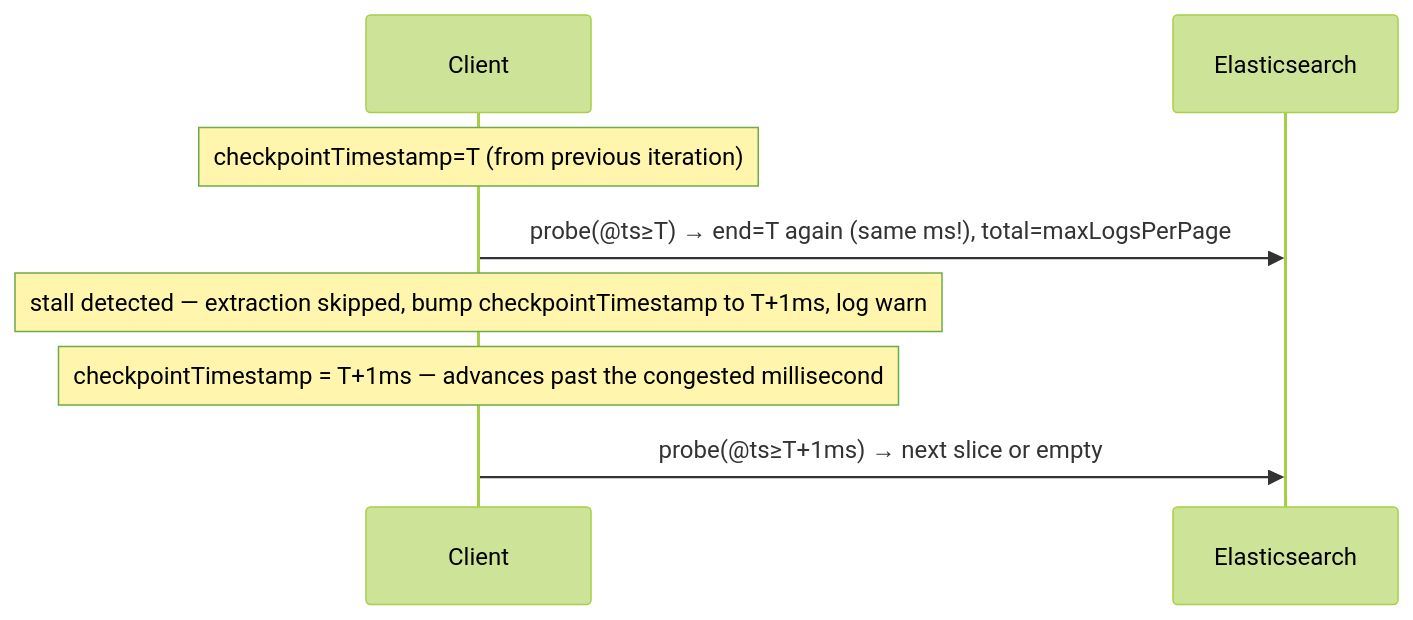
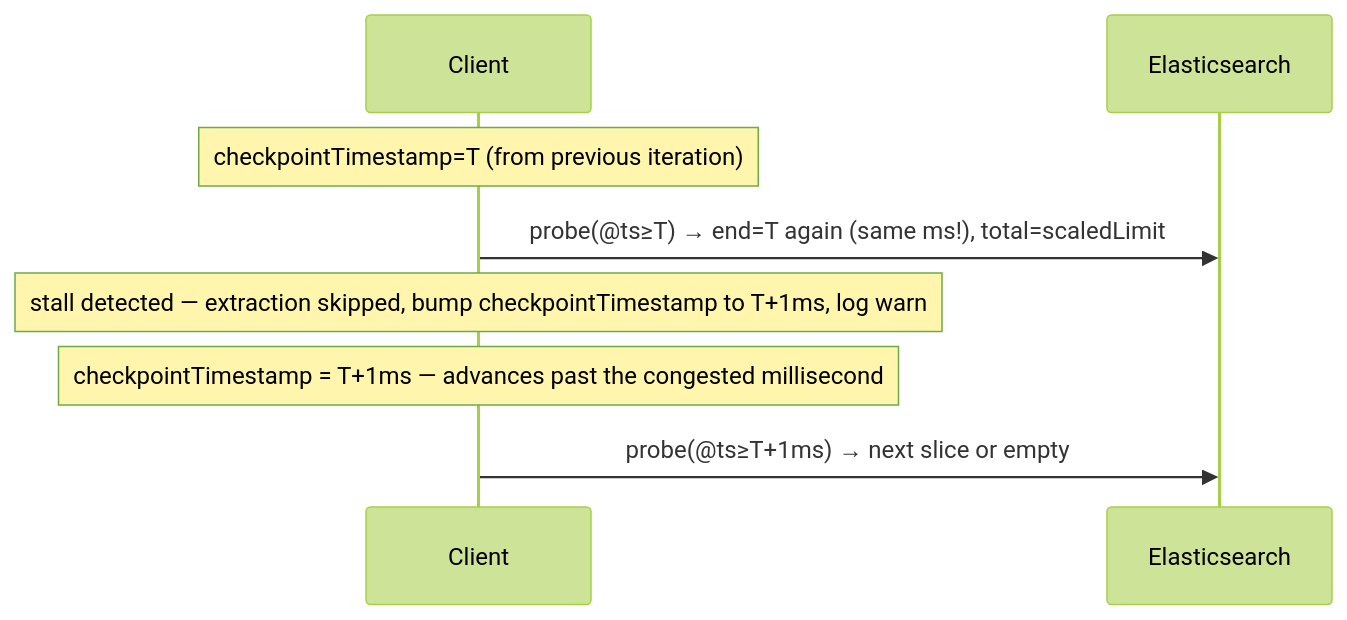
Before and after one commit to codacy-open-source-projects-scans/kibana: the seventh of 8 diagrams in x-pack/platform/plugins/shared/entity_store/server/domain/logs_extraction/PAGINATION.md, drawn with Mermaid (forest theme). The commit also changed other lines of this file and 8101 other files, not shown here.

````diff
--- a/x-pack/platform/plugins/shared/entity_store/server/domain/logs_extraction/PAGINATION.md
+++ b/x-pack/platform/plugins/shared/entity_store/server/domain/logs_extraction/PAGINATION.md
@@ -214,11 +221,11 @@
 ```mermaid
 sequenceDiagram
     participant C as Client
     participant ES as Elasticsearch
 
     Note over C: checkpointTimestamp=T (from previous iteration)
-    C->>ES: probe(@ts≥T) → end=T again (same ms!), total=maxLogsPerPage
+    C->>ES: probe(@ts≥T) → end=T again (same ms!), total=scaledLimit
     Note over C: stall detected — extraction skipped, bump checkpointTimestamp to T+1ms, log warn
     Note over C: checkpointTimestamp = T+1ms — advances past the congested millisecond
     C->>ES: probe(@ts≥T+1ms) → next slice or empty
 ```
````
